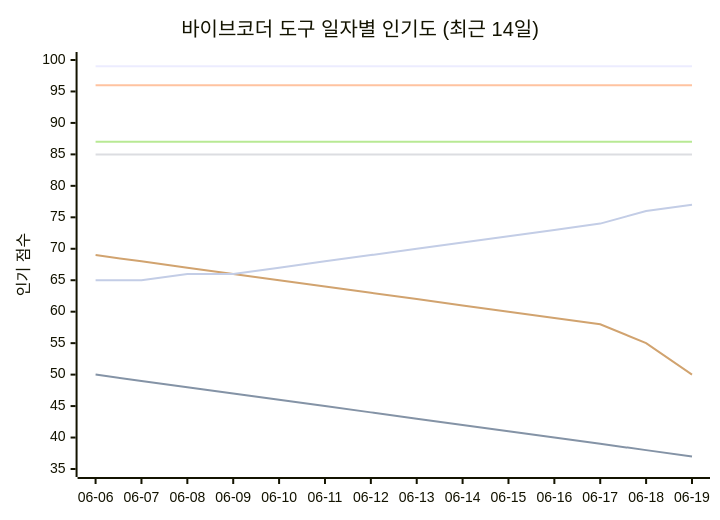
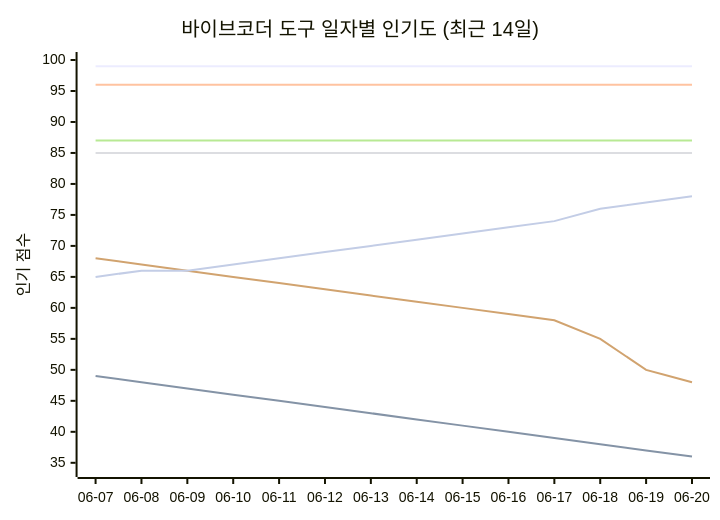
The seventh of 11 diagrams in README_ko.md (tykimos/ai-whatchelin), drawn with Mermaid before and after one commit. The commit also changed other lines of this file and 4 other files, not shown here.

````diff
--- a/README_ko.md
+++ b/README_ko.md
@@ -1636,13 +1644,13 @@
 ```mermaid
 xychart-beta
     title "바이브코더 도구 일자별 인기도 (최근 14일)"
-    x-axis ["06-06", "06-07", "06-08", "06-09", "06-10", "06-11", "06-12", "06-13", "06-14", "06-15", "06-16", "06-17", "06-18", "06-19"]
-    y-axis "인기 점수" 35 --> 100
+    x-axis ["06-07", "06-08", "06-09", "06-10", "06-11", "06-12", "06-13", "06-14", "06-15", "06-16", "06-17", "06-18", "06-19", "06-20"]
+    y-axis "인기 점수" 34 --> 100
     line "Claude Code" [99, 99, 99, 99, 99, 99, 99, 99, 99, 99, 99, 99, 99, 99]
-    line "GH Copilot" [50, 49, 48, 47, 46, 45, 44, 43, 42, 41, 40, 39, 38, 37]
+    line "GH Copilot" [49, 48, 47, 46, 45, 44, 43, 42, 41, 40, 39, 38, 37, 36]
     line "Cursor" [96, 96, 96, 96, 96, 96, 96, 96, 96, 96, 96, 96, 96, 96]
     line "Windsurf" [85, 85, 85, 85, 85, 85, 85, 85, 85, 85, 85, 85, 85, 85]
     line "Codex CLI" [87, 87, 87, 87, 87, 87, 87, 87, 87, 87, 87, 87, 87, 87]
-    line "Gemini CLI" [69, 68, 67, 66, 65, 64, 63, 62, 61, 60, 59, 58, 55, 50]
-    line "Antigravity" [65, 65, 66, 66, 67, 68, 69, 70, 71, 72, 73, 74, 76, 77]
+    line "Gemini CLI" [68, 67, 66, 65, 64, 63, 62, 61, 60, 59, 58, 55, 50, 48]
+    line "Antigravity" [65, 66, 66, 67, 68, 69, 70, 71, 72, 73, 74, 76, 77, 78]
 ```
````
